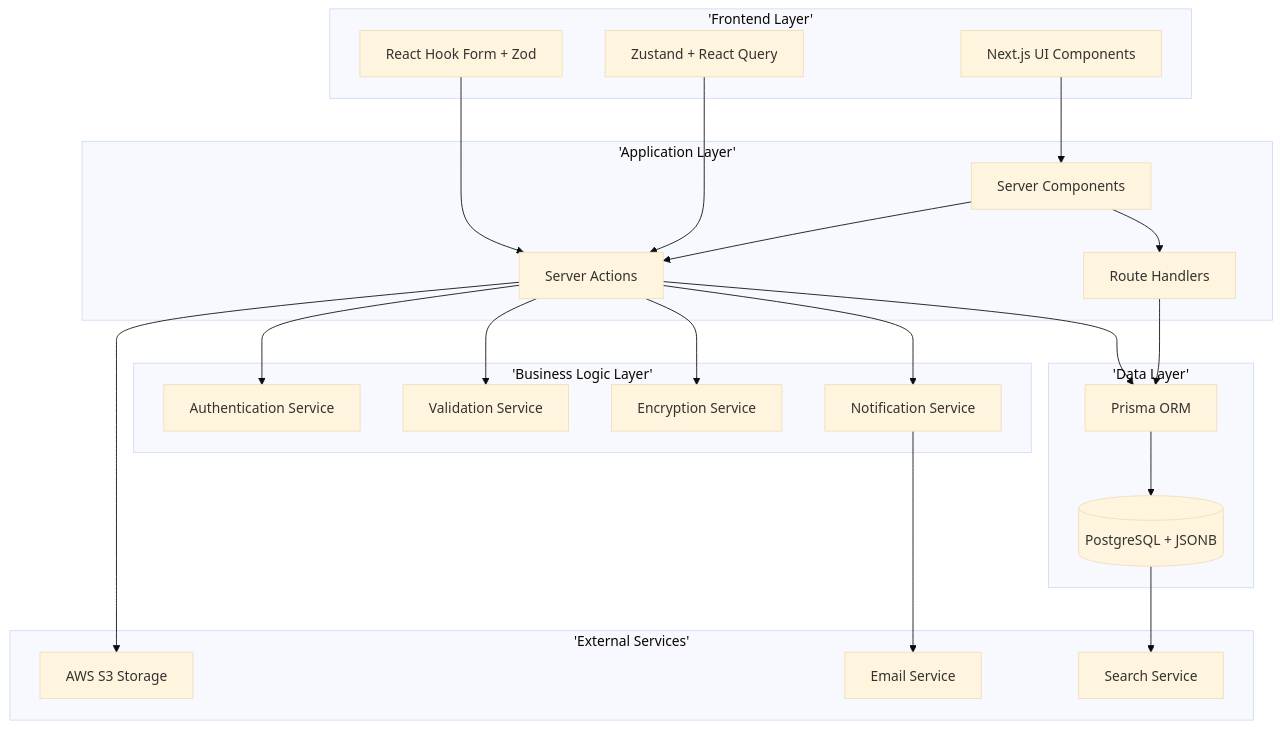
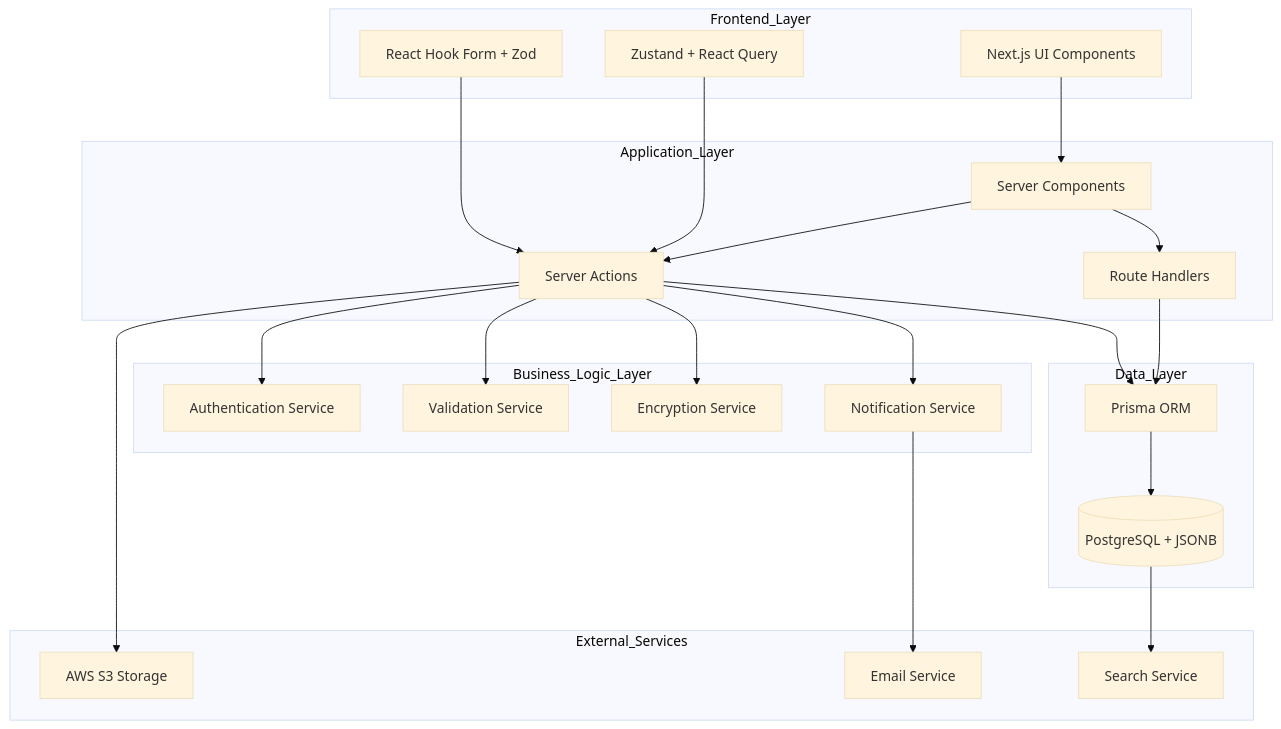
The first of 24 diagrams in docs/app/vendor-management/vendor-directory/FD-vendor-directory.md (PeakMNA/carmen), drawn with Mermaid (base theme) before and after one commit. The commit also changed other lines of this file and 473 other files, not shown here.

````diff
--- a/docs/app/vendor-management/vendor-directory/FD-vendor-directory.md
+++ b/docs/app/vendor-management/vendor-directory/FD-vendor-directory.md
@@ -33,48 +33,48 @@
 ```mermaid
 graph TB
-    subgraph 'Frontend Layer'
+    subgraph Frontend_Layer
         UI[Next.js UI Components]
         Forms[React Hook Form + Zod]
         State[Zustand + React Query]
     end
 
-    subgraph 'Application Layer'
+    subgraph Application_Layer
         Pages[Server Components]
         Actions[Server Actions]
         API[Route Handlers]
     end
 
-    subgraph 'Business Logic Layer'
+    subgraph Business_Logic_Layer
         Auth[Authentication Service]
         Validation[Validation Service]
         Encryption[Encryption Service]
         Notification[Notification Service]
     end
 
-    subgraph 'Data Layer'
+    subgraph Data_Layer
         Prisma[Prisma ORM]
         DB[(PostgreSQL + JSONB)]
     end
 
-    subgraph 'External Services'
+    subgraph External_Services
         S3[AWS S3 Storage]
         Email[Email Service]
         Search[Search Service]
     end
 
     UI --> Pages
     Forms --> Actions
     State --> Actions
     Pages --> Actions
     Pages --> API
     Actions --> Auth
     Actions --> Validation
     Actions --> Encryption
     Actions --> Notification
     Actions --> Prisma
     API --> Prisma
     Prisma --> DB
     Actions --> S3
     Notification --> Email
     DB --> Search
 ```
````
